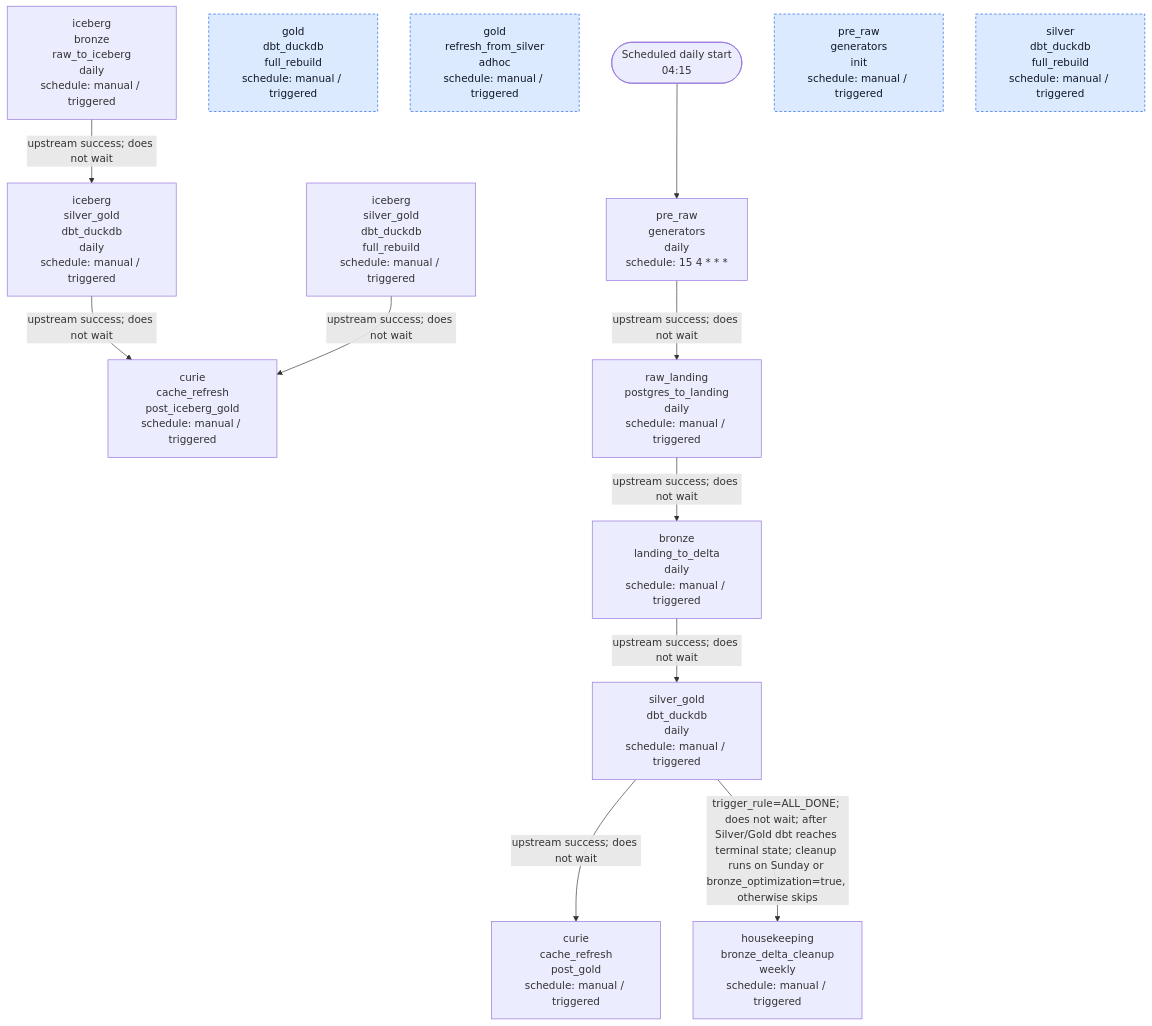
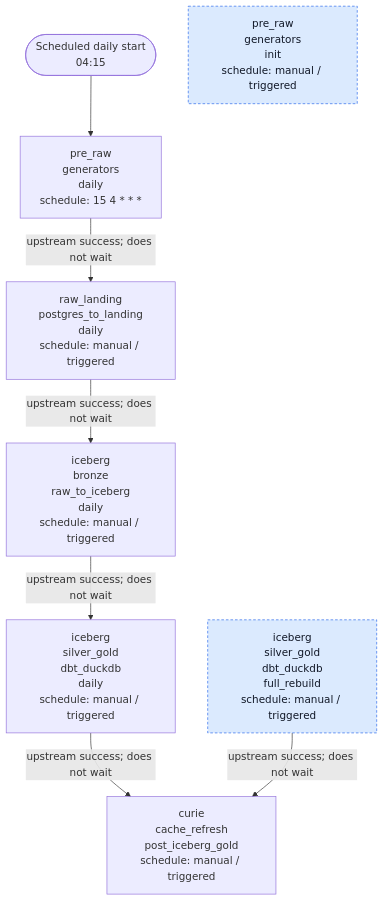
The diagram in docs/dataflow/diagrams/airflow_dags.mmd (AntonMiniazev/ampere_project), drawn with Mermaid before and after one commit. The commit also changed 165 other files, not shown here.

```diff
--- a/docs/dataflow/diagrams/airflow_dags.mmd
+++ b/docs/dataflow/diagrams/airflow_dags.mmd
@@ -1,32 +1,20 @@
 flowchart TD
     START(["Scheduled daily start<br/>04:15"])
-    D_AMPERE__BRONZE__LANDING_TO_DELTA__DAILY["bronze<br/>landing_to_delta<br/>daily<br/>schedule: manual / triggered"]
-    D_AMPERE__CURIE__CACHE_REFRESH__POST_GOLD["curie<br/>cache_refresh<br/>post_gold<br/>schedule: manual / triggered"]
     D_AMPERE__CURIE__CACHE_REFRESH__POST_ICEBERG_GOLD["curie<br/>cache_refresh<br/>post_iceberg_gold<br/>schedule: manual / triggered"]
-    D_AMPERE__GOLD__DBT_DUCKDB__FULL_REBUILD["gold<br/>dbt_duckdb<br/>full_rebuild<br/>schedule: manual / triggered"]
-    D_AMPERE__GOLD__REFRESH_FROM_SILVER__ADHOC["gold<br/>refresh_from_silver<br/>adhoc<br/>schedule: manual / triggered"]
-    D_AMPERE__HOUSEKEEPING__BRONZE_DELTA_CLEANUP__WEEKLY["housekeeping<br/>bronze_delta_cleanup<br/>weekly<br/>schedule: manual / triggered"]
     D_AMPERE__ICEBERG__BRONZE__RAW_TO_ICEBERG__DAILY["iceberg<br/>bronze<br/>raw_to_iceberg<br/>daily<br/>schedule: manual / triggered"]
     D_AMPERE__ICEBERG__SILVER_GOLD__DBT_DUCKDB__DAILY["iceberg<br/>silver_gold<br/>dbt_duckdb<br/>daily<br/>schedule: manual / triggered"]
     D_AMPERE__ICEBERG__SILVER_GOLD__DBT_DUCKDB__FULL_REBUILD["iceberg<br/>silver_gold<br/>dbt_duckdb<br/>full_rebuild<br/>schedule: manual / triggered"]
     D_AMPERE__PRE_RAW__GENERATORS__DAILY["pre_raw<br/>generators<br/>daily<br/>schedule: 15 4 * * *"]
     D_AMPERE__PRE_RAW__GENERATORS__INIT["pre_raw<br/>generators<br/>init<br/>schedule: manual / triggered"]
     D_AMPERE__RAW_LANDING__POSTGRES_TO_LANDING__DAILY["raw_landing<br/>postgres_to_landing<br/>daily<br/>schedule: manual / triggered"]
-    D_AMPERE__SILVER__DBT_DUCKDB__FULL_REBUILD["silver<br/>dbt_duckdb<br/>full_rebuild<br/>schedule: manual / triggered"]
-    D_AMPERE__SILVER_GOLD__DBT_DUCKDB__DAILY["silver_gold<br/>dbt_duckdb<br/>daily<br/>schedule: manual / triggered"]
 
     START --> D_AMPERE__PRE_RAW__GENERATORS__DAILY
-    D_AMPERE__BRONZE__LANDING_TO_DELTA__DAILY -->|"upstream success; does not wait"| D_AMPERE__SILVER_GOLD__DBT_DUCKDB__DAILY
     D_AMPERE__ICEBERG__BRONZE__RAW_TO_ICEBERG__DAILY -->|"upstream success; does not wait"| D_AMPERE__ICEBERG__SILVER_GOLD__DBT_DUCKDB__DAILY
     D_AMPERE__ICEBERG__SILVER_GOLD__DBT_DUCKDB__DAILY -->|"upstream success; does not wait"| D_AMPERE__CURIE__CACHE_REFRESH__POST_ICEBERG_GOLD
     D_AMPERE__ICEBERG__SILVER_GOLD__DBT_DUCKDB__FULL_REBUILD -->|"upstream success; does not wait"| D_AMPERE__CURIE__CACHE_REFRESH__POST_ICEBERG_GOLD
     D_AMPERE__PRE_RAW__GENERATORS__DAILY -->|"upstream success; does not wait"| D_AMPERE__RAW_LANDING__POSTGRES_TO_LANDING__DAILY
-    D_AMPERE__RAW_LANDING__POSTGRES_TO_LANDING__DAILY -->|"upstream success; does not wait"| D_AMPERE__BRONZE__LANDING_TO_DELTA__DAILY
-    D_AMPERE__SILVER_GOLD__DBT_DUCKDB__DAILY -->|"upstream success; does not wait"| D_AMPERE__CURIE__CACHE_REFRESH__POST_GOLD
-    D_AMPERE__SILVER_GOLD__DBT_DUCKDB__DAILY -->|"trigger_rule=ALL_DONE; does not wait; after Silver/Gold dbt reaches terminal state; cleanup runs on Sunday or bronze_optimization=true, otherwise skips"| D_AMPERE__HOUSEKEEPING__BRONZE_DELTA_CLEANUP__WEEKLY
+    D_AMPERE__RAW_LANDING__POSTGRES_TO_LANDING__DAILY -->|"upstream success; does not wait"| D_AMPERE__ICEBERG__BRONZE__RAW_TO_ICEBERG__DAILY
 
     D_AMPERE__PRE_RAW__GENERATORS__INIT:::manual
-    D_AMPERE__SILVER__DBT_DUCKDB__FULL_REBUILD:::manual
-    D_AMPERE__GOLD__DBT_DUCKDB__FULL_REBUILD:::manual
-    D_AMPERE__GOLD__REFRESH_FROM_SILVER__ADHOC:::manual
+    D_AMPERE__ICEBERG__SILVER_GOLD__DBT_DUCKDB__FULL_REBUILD:::manual
     classDef manual fill:#dbeafe,stroke:#2563eb,color:#111827,stroke-dasharray: 4 3
```
